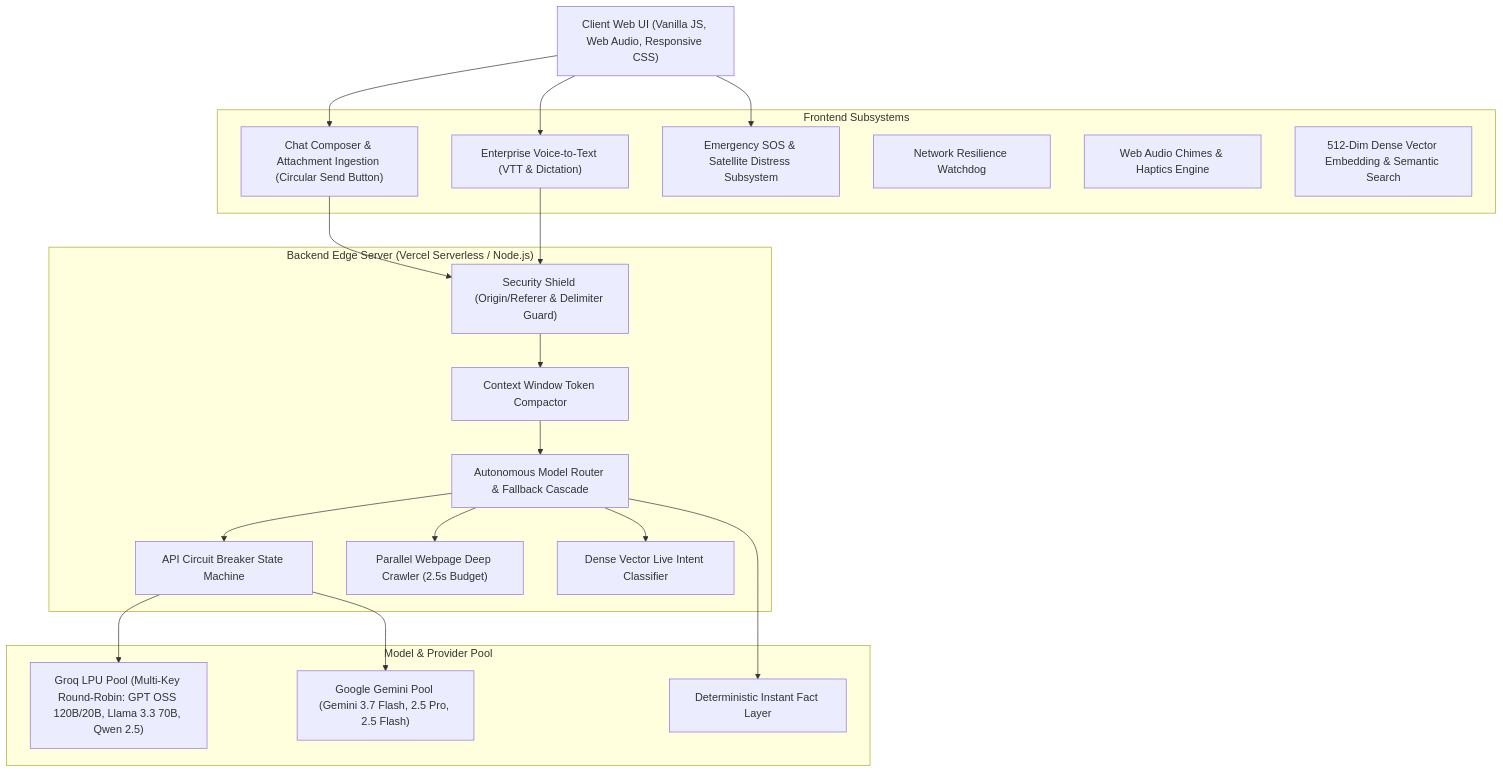
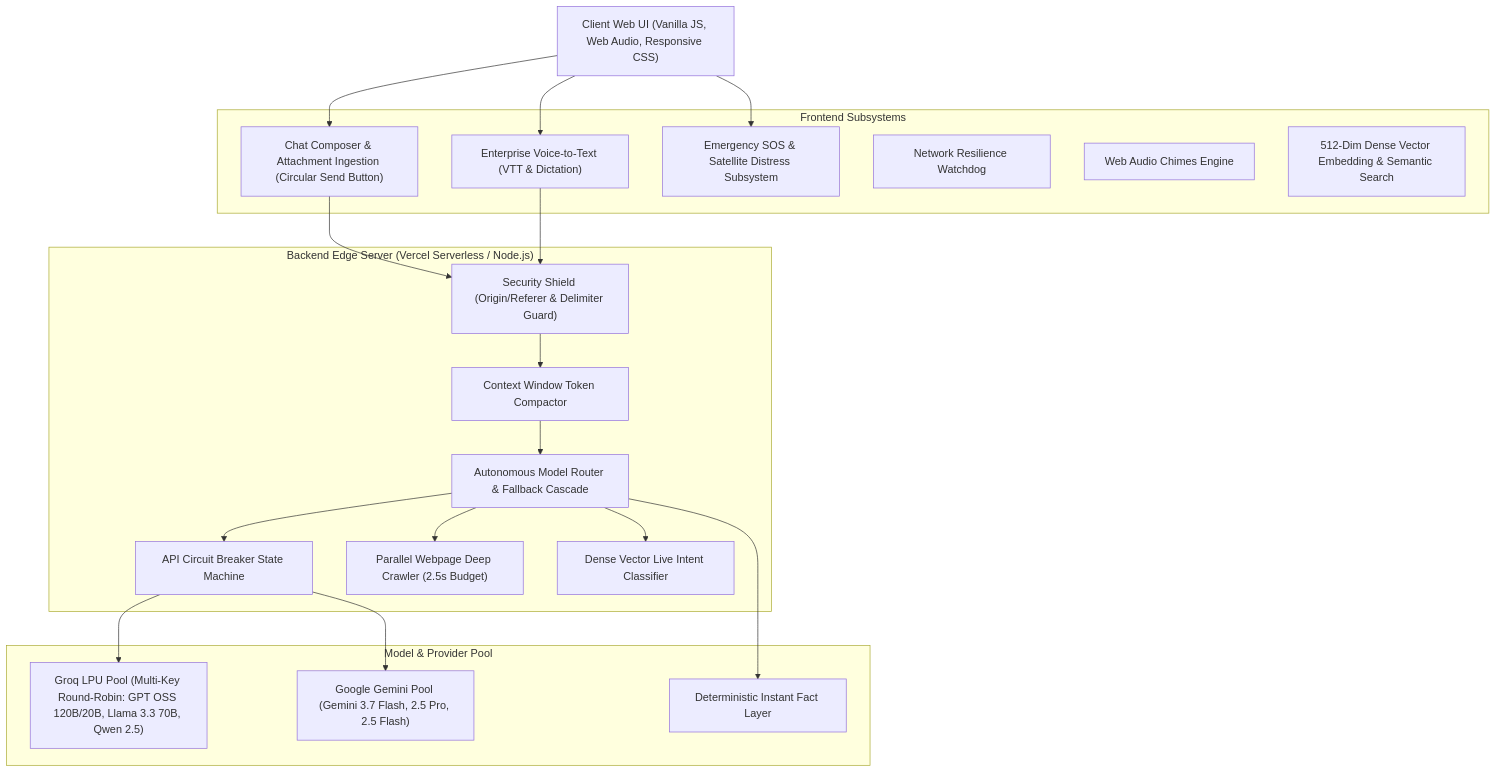
One commit to PrithvirajuVenkataraman/JARVIS changed the first of 6 diagrams in SYSTEM_DESIGN.md. Above: the diagram before and after it, drawn with Mermaid. The commit also changed other lines of this file, not shown here.

````diff
--- a/SYSTEM_DESIGN.md
+++ b/SYSTEM_DESIGN.md
@@ -9,42 +9,42 @@
 ```mermaid
 graph TD
     Client["Client Web UI (Vanilla JS, Web Audio, Responsive CSS)"]
     
     subgraph Frontend["Frontend Subsystems"]
         ChatComposer["Chat Composer & Attachment Ingestion (Circular Send Button)"]
         VTTController["Enterprise Voice-to-Text (VTT & Dictation)"]
         EmergencySosSubsystem["Emergency SOS & Satellite Distress Subsystem"]
         OfflineWatchdog["Network Resilience Watchdog"]
-        AudioHaptics["Web Audio Chimes & Haptics Engine"]
+        AudioHaptics["Web Audio Chimes Engine"]
         VectorEngine["512-Dim Dense Vector Embedding & Semantic Search"]
     end
 
     subgraph Backend["Backend Edge Server (Vercel Serverless / Node.js)"]
         SecurityShield["Security Shield (Origin/Referer & Delimiter Guard)"]
         ContextCompactor["Context Window Token Compactor"]
         IntentRouter["Autonomous Model Router & Fallback Cascade"]
         CircuitBreaker["API Circuit Breaker State Machine"]
         DeepCrawler["Parallel Webpage Deep Crawler (2.5s Budget)"]
         LiveClassifier["Dense Vector Live Intent Classifier"]
     end
 
     subgraph Models["Model & Provider Pool"]
         GroqPool["Groq LPU Pool (Multi-Key Round-Robin: GPT OSS 120B/20B, Llama 3.3 70B, Qwen 2.5)"]
         GeminiPool["Google Gemini Pool (Gemini 3.7 Flash, 2.5 Pro, 2.5 Flash)"]
         DeterministicFacts["Deterministic Instant Fact Layer"]
     end
 
     Client --> ChatComposer
     Client --> VTTController
     Client --> EmergencySosSubsystem
     ChatComposer --> SecurityShield
     VTTController --> SecurityShield
     SecurityShield --> ContextCompactor
     ContextCompactor --> IntentRouter
     IntentRouter --> CircuitBreaker
     IntentRouter --> DeepCrawler
     IntentRouter --> LiveClassifier
     CircuitBreaker --> GroqPool
     CircuitBreaker --> GeminiPool
     IntentRouter --> DeterministicFacts
 ```
````
